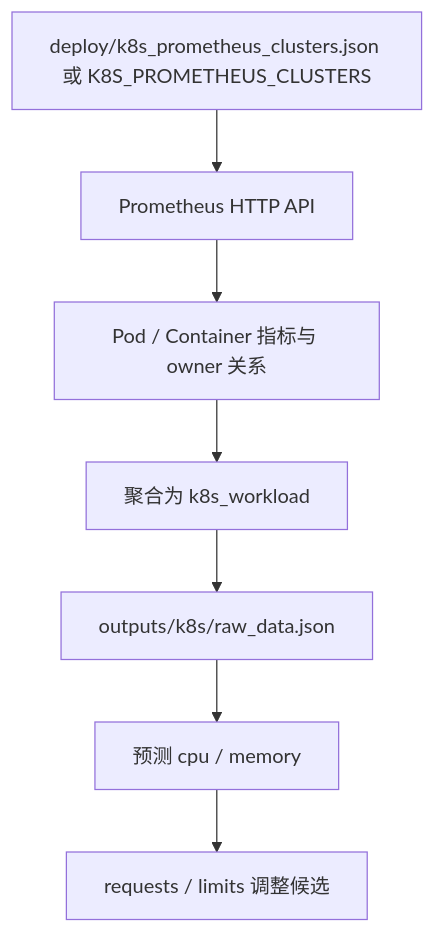
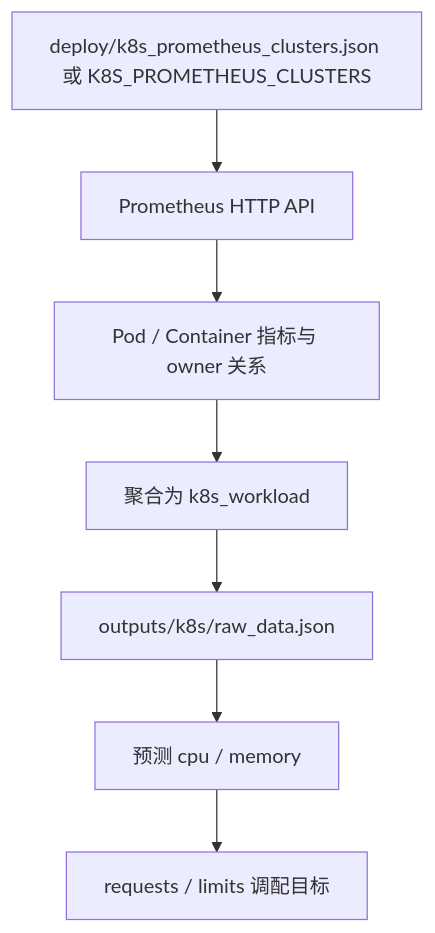
One commit to zorocui/resource_predict changed the fourth of 6 diagrams in README.md. Above: the diagram before and after it, drawn with Mermaid. The commit also changed other lines of this file and 5 other files, not shown here.

````diff
--- a/README.md
+++ b/README.md
@@ -206,17 +206,17 @@
 ```mermaid
 flowchart TB
     Config["deploy/k8s_prometheus_clusters.json 或 K8S_PROMETHEUS_CLUSTERS"]
     Prom["Prometheus HTTP API"]
     Metrics["Pod / Container 指标与 owner 关系"]
     Workload["聚合为 k8s_workload"]
     Raw["outputs/k8s/raw_data.json"]
     Forecast["预测 cpu / memory"]
-    Advice["requests / limits 调整候选"]
+    Advice["requests / limits 调配目标"]
 
     Config --> Prom
     Prom --> Metrics
     Metrics --> Workload
     Workload --> Raw
     Raw --> Forecast
     Forecast --> Advice
 ```
````
